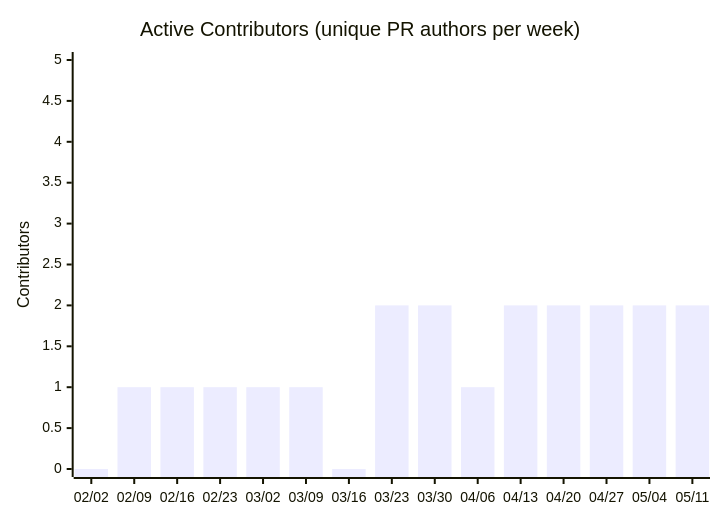
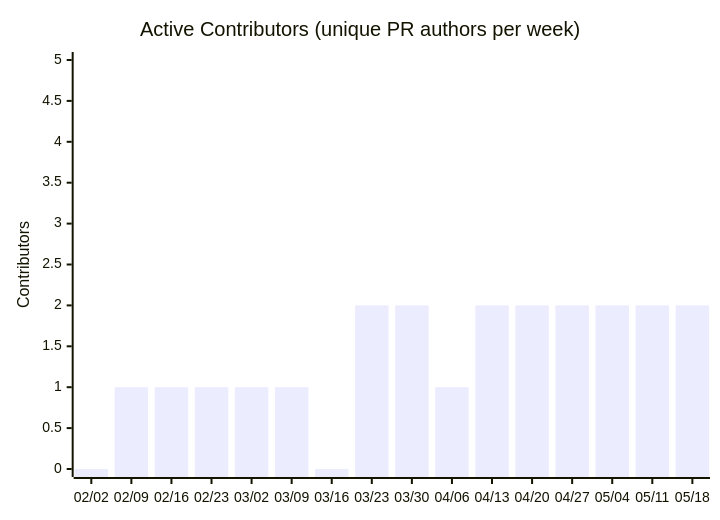
One commit to nablarch/nabledge-dev changed the seventh of 14 diagrams in docs/metrics.md. Above: the diagram before and after it, drawn with Mermaid. The commit also changed other lines of this file and 2 other files, not shown here.

````diff
--- a/docs/metrics.md
+++ b/docs/metrics.md
@@ -109,7 +109,7 @@
 ```mermaid
 xychart-beta
   title "Active Contributors (unique PR authors per week)"
-  x-axis ["02/02", "02/09", "02/16", "02/23", "03/02", "03/09", "03/16", "03/23", "03/30", "04/06", "04/13", "04/20", "04/27", "05/04", "05/11"]
+  x-axis ["02/02", "02/09", "02/16", "02/23", "03/02", "03/09", "03/16", "03/23", "03/30", "04/06", "04/13", "04/20", "04/27", "05/04", "05/11", "05/18"]
   y-axis "Contributors" 0 --> 5
-  bar [0, 1, 1, 1, 1, 1, 0, 2, 2, 1, 2, 2, 2, 2, 2]
+  bar [0, 1, 1, 1, 1, 1, 0, 2, 2, 1, 2, 2, 2, 2, 2, 2]
 ```
````
